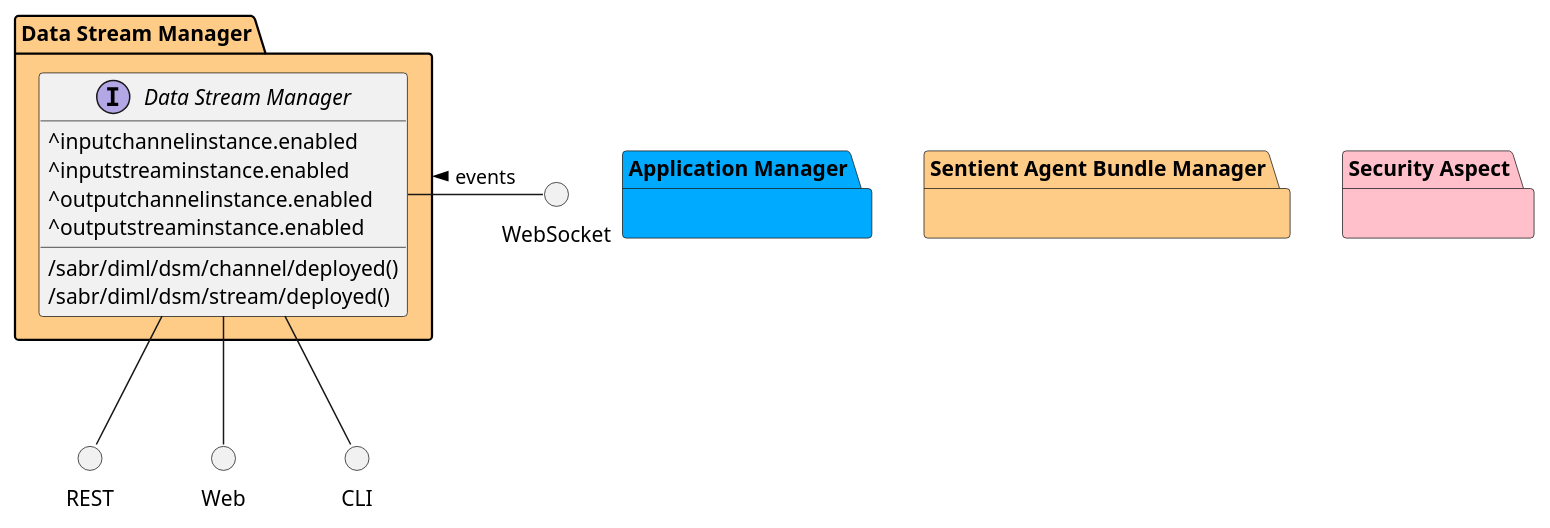
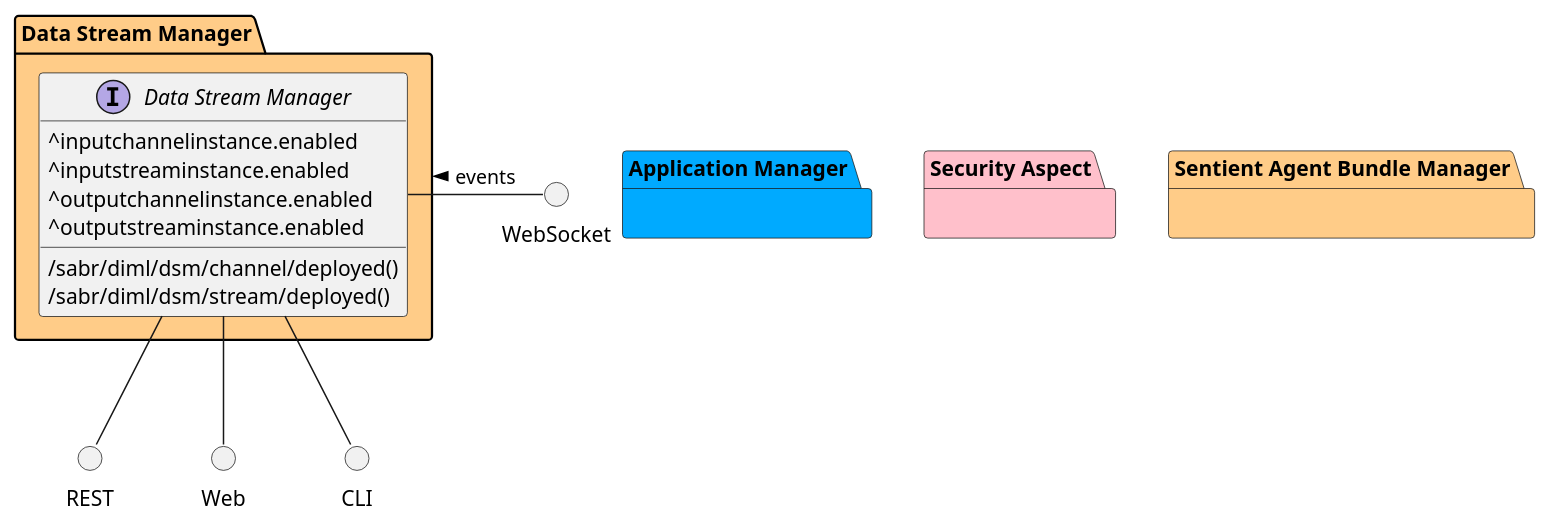
One commit to madajaju/sabr changed the diagram in docs/sabr/diml/dsm/subpackage.puml. Above: the diagram before and after it, drawn with PlantUML. The commit also changed other lines of this file and 413 other files, not shown here.

```diff
--- a/docs/sabr/diml/dsm/subpackage.puml
+++ b/docs/sabr/diml/dsm/subpackage.puml
@@ -1,52 +1,52 @@
 @startuml
 
 
 package "Application Manager" #00aaff {
 
 }
 
 package "Data Stream Manager" #ffcc88 {
 
 }
 
-package "Sentient Agent Bundle Manager" #ffcc88 {
+package "Security Aspect" #pink {
 
 }
 
-package "Security Aspect" #pink {
+package "Sentient Agent Bundle Manager" #ffcc88 {
 
 }
 
 
 package "Data Stream Manager" #ffcc88 {
 
     interface "Data Stream Manager" as i {
             ^inputchannelinstance.enabled
             ^inputstreaminstance.enabled
             ^outputchannelinstance.enabled
             ^outputstreaminstance.enabled
     
             /sabr/diml/dsm/channel/deployed()
             /sabr/diml/dsm/stream/deployed()
     
     }
 }
 
 circle REST
 circle Web
 circle CLI
 circle WebSocket
 
 i -down- Web
 i -down- CLI
 i -down- REST
 WebSocket -left- i: events >
 
 package "Data Stream Manager" #ffcc88 {
 
 
 }
 
 
 
 @enduml
```
